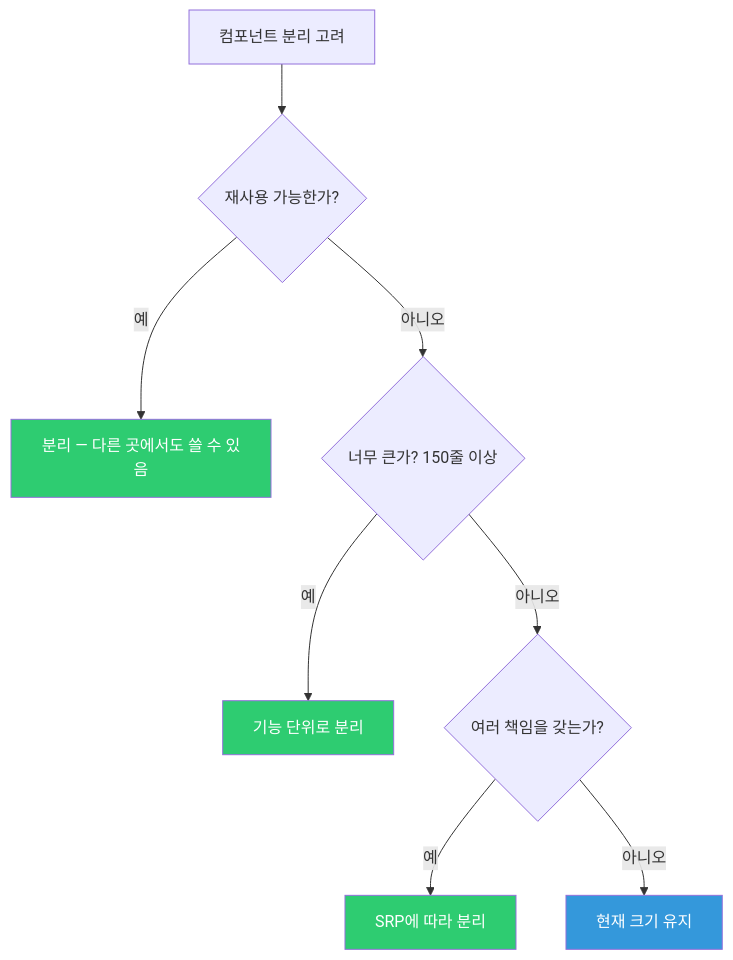
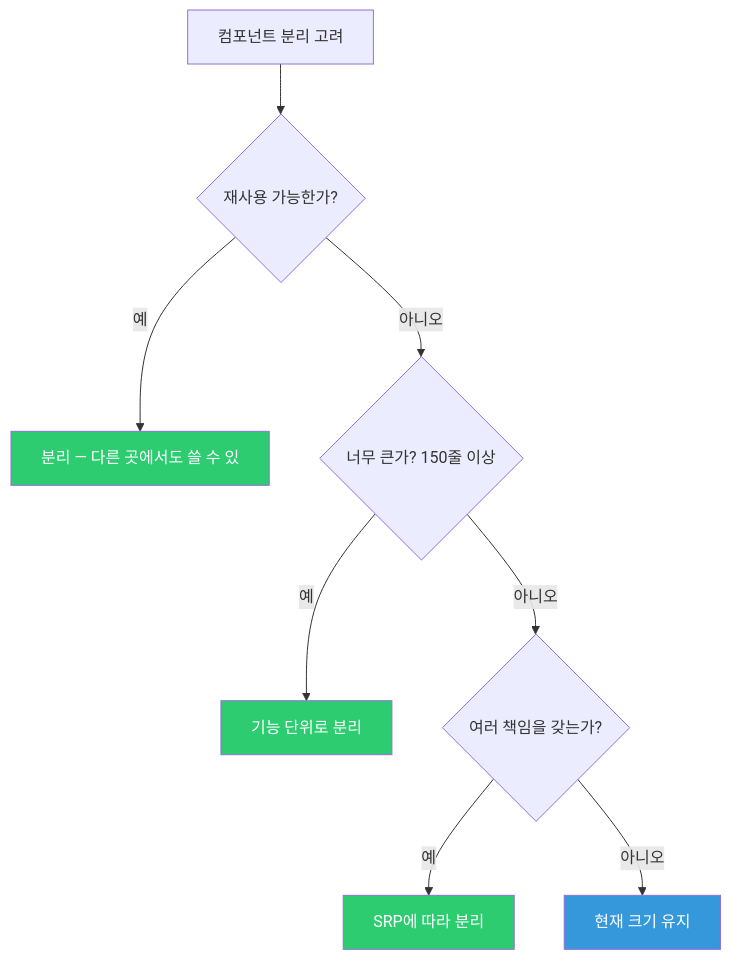
Before and after one commit to yjkim2015/yjkim2015.github.io: the second of 7 diagrams in _posts/frontend/2026-05-02-frontend-architecture.md, drawn with Mermaid. The commit also changed other lines of this file and 271 other files, not shown here.

First line of the commit message:
Mermaid 라벨 축소: 긴 노드 텍스트 18자 이하로 트림 + \n 제거

````diff
--- a/_posts/frontend/2026-05-02-frontend-architecture.md
+++ b/_posts/frontend/2026-05-02-frontend-architecture.md
@@ -40,14 +40,14 @@
 ```mermaid
 flowchart TD
     A["컴포넌트 분리 고려"] --> B{"재사용 가능한가?"}
-    B -->|"예"| C["분리 — 다른 곳에서도 쓸 수 있음"]
+    B -->|"예"| C["분리 — 다른 곳에서도 쓸 수 있"]
     B -->|"아니오"| D{"너무 큰가? 150줄 이상"}
     D -->|"예"| E["기능 단위로 분리"]
     D -->|"아니오"| F{"여러 책임을 갖는가?"}
     F -->|"예"| G["SRP에 따라 분리"]
     F -->|"아니오"| H["현재 크기 유지"]
     style C fill:#2ecc71,color:#fff
     style E fill:#2ecc71,color:#fff
     style G fill:#2ecc71,color:#fff
     style H fill:#3498db,color:#fff
 ```
````
